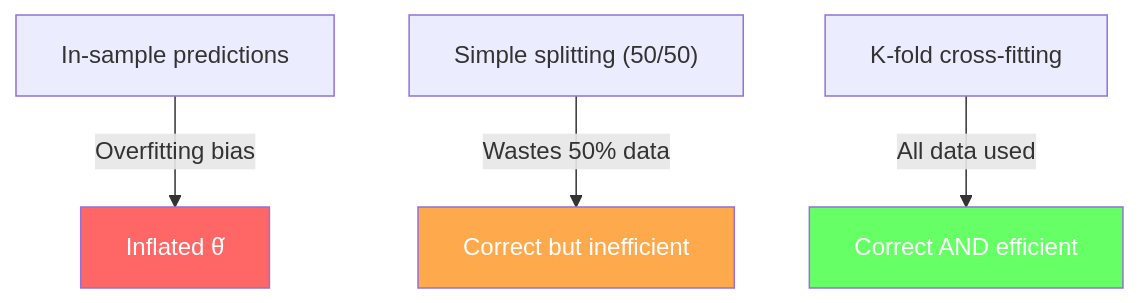
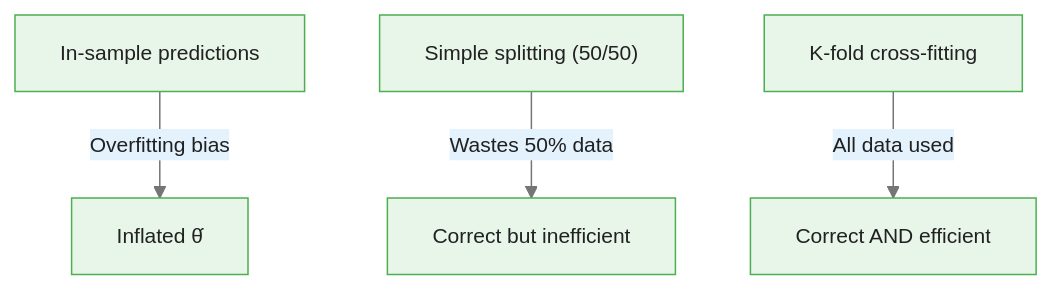
Before and after one commit to m-deane/course-creator: the third of 3 diagrams in courses/double-machine-learning/modules/module_04_cross_fitting/guides/01_cross_fitting_slides.md, drawn with Mermaid. The commit also changed other lines of this file and 40 other files, not shown here.

````diff
--- a/courses/double-machine-learning/modules/module_04_cross_fitting/guides/01_cross_fitting_slides.md
+++ b/courses/double-machine-learning/modules/module_04_cross_fitting/guides/01_cross_fitting_slides.md
@@ -227,9 +241,7 @@
 ```mermaid
+%%{init: {"theme": "base", "themeVariables": {"primaryColor": "#e8f5e9", "primaryBorderColor": "#4caf50", "primaryTextColor": "#212121", "secondaryColor": "#e3f2fd", "tertiaryColor": "#fff8e1", "lineColor": "#757575", "fontFamily": "Inter, sans-serif", "fontSize": "14px"}}}%%
 flowchart TD
     IS["In-sample predictions"] -->|"Overfitting bias"| Bad["Inflated θ̂"]
     SS["Simple splitting (50/50)"] -->|"Wastes 50% data"| OK["Correct but inefficient"]
     CF["K-fold cross-fitting"] -->|"All data used"| Good["Correct AND efficient"]
-    style Bad fill:#f66,color:#fff
-    style OK fill:#ffa94d,color:#fff
-    style Good fill:#6f6,color:#fff
 ```
````
